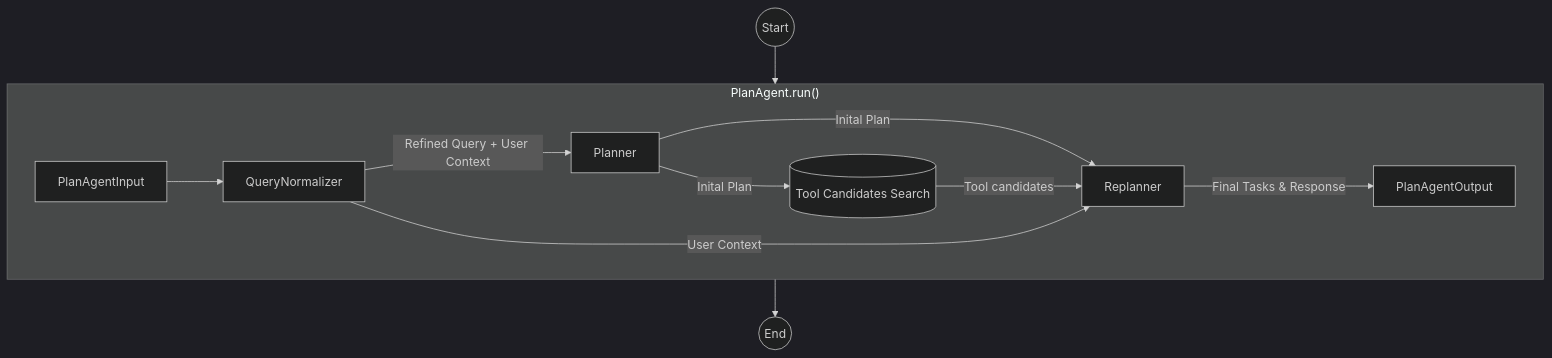
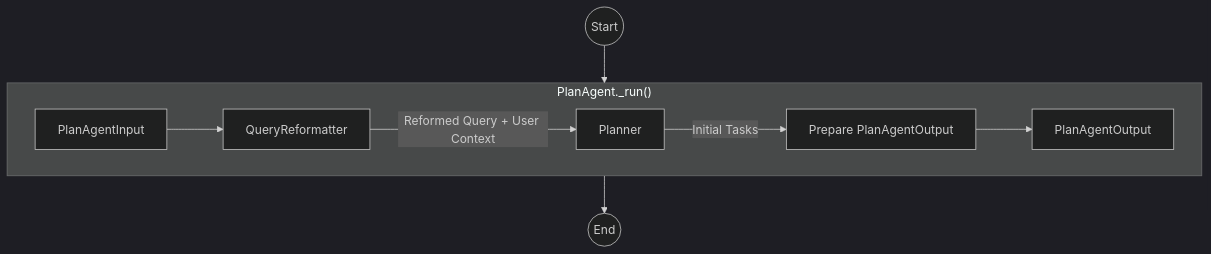
The second of 4 diagrams in docs/DEVELOPMENT.md (fidemin/easylocai), drawn with Mermaid (dark theme) before and after one commit. The commit also changed other lines of this file, not shown here.

````diff
--- a/docs/DEVELOPMENT.md
+++ b/docs/DEVELOPMENT.md
@@ -54,29 +53,22 @@
 ```mermaid
 graph TD
     %% Input Node
     Start((Start)) --> Input
 
     %% Internal Processing Sequence
-    subgraph PlanAgent ["PlanAgent.run()"]
+    subgraph PlanAgent ["PlanAgent._run()"]
         direction LR
         Input[PlanAgentInput]
         
-        Input --> Normalizer[QueryNormalizer]
+        Input --> Reformatter[QueryReformatter]
         
-        Normalizer --> |Refined Query + User Context| Planner[Planner]
+        Reformatter --> |Reformed Query + User Context| Planner[Planner]
     
-        Planner --> |Inital Plan| ToolSearch[(Tool Candidates Search)]
-        
-        Replanner[Replanner]
-        
-        Planner --> |Inital Plan| Replanner
-        ToolSearch --> |Tool candidates| Replanner
-        Normalizer --> |User Context| Replanner
+        Planner --> |Initial Tasks| OutputPrep[Prepare PlanAgentOutput]
     
-        Replanner --> |Final Tasks & Response| FinalOutput[PlanAgentOutput]
+        OutputPrep --> FinalOutput[PlanAgentOutput]
     end
-
 
     %% Output
     FinalOutput --> End((End))
 ```
````
